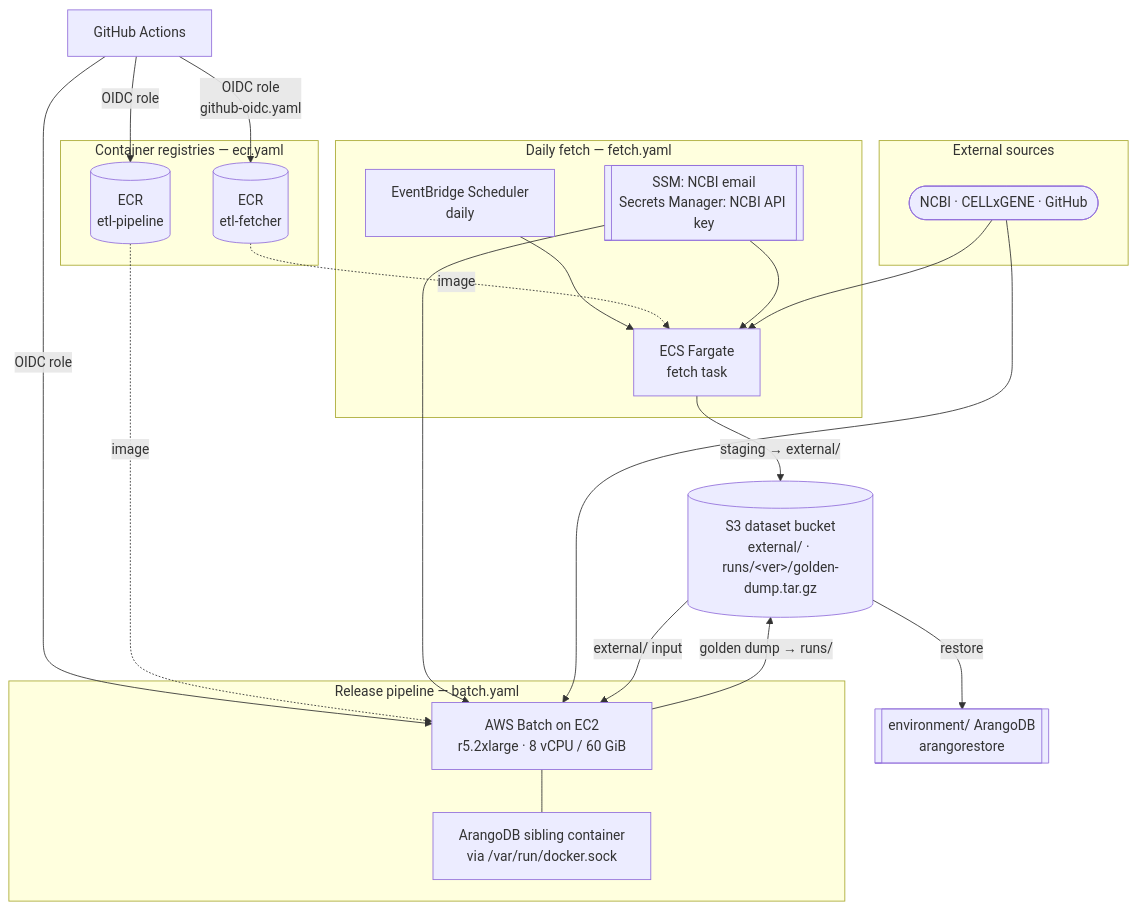
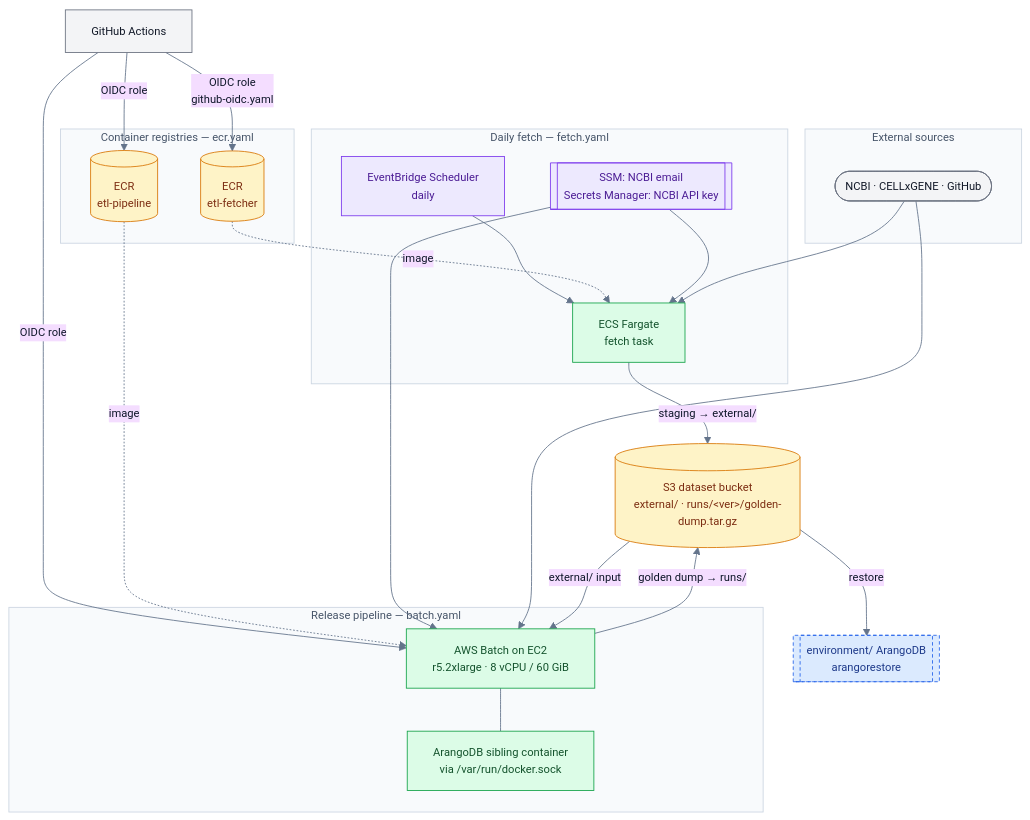
One commit to Springbok-LLC/nlm-ckn-iac changed the diagram in etl/README.md. Above: the diagram before and after it, drawn with Mermaid. The commit also changed other lines of this file and 2 other files, not shown here.

Commit message:
mermaid formatting, do not lint sandbox

````diff
--- a/etl/README.md
+++ b/etl/README.md
@@ -15,43 +15,60 @@
 ```mermaid
+%%{init: {'theme':'base', 'themeVariables': {'fontFamily':'ui-sans-serif, system-ui, sans-serif', 'fontSize':'13px', 'lineColor':'#64748b', 'primaryTextColor':'#0f172a'}}}%%
 flowchart TB
-    subgraph external[External sources]
-        ncbi([NCBI · CELLxGENE · GitHub])
+    gha[GitHub Actions]:::ci
+
+    subgraph external[" External sources "]
+        ncbi([NCBI · CELLxGENE · GitHub]):::ext
     end
 
-    subgraph registries[Container registries — ecr.yaml]
-        ecrFetch[(ECR<br/>etl-fetcher)]
-        ecrPipe[(ECR<br/>etl-pipeline)]
+    subgraph registries[" Container registries — ecr.yaml "]
+        ecrFetch[(ECR<br/>etl-fetcher)]:::store
+        ecrPipe[(ECR<br/>etl-pipeline)]:::store
     end
 
-    subgraph fetchStack[Daily fetch — fetch.yaml]
-        sched[EventBridge Scheduler<br/>daily]
-        fetch[ECS Fargate<br/>fetch task]
-        creds[[SSM: NCBI email<br/>Secrets Manager: NCBI API key]]
+    subgraph fetchStack[" Daily fetch — fetch.yaml "]
+        sched[EventBridge Scheduler<br/>daily]:::plat
+        fetch[ECS Fargate<br/>fetch task]:::compute
+        creds[[SSM: NCBI email<br/>Secrets Manager: NCBI API key]]:::plat
     end
 
-    subgraph releaseStack[Release pipeline — batch.yaml]
-        batch[AWS Batch on EC2<br/>r5.2xlarge · 8 vCPU / 60 GiB]
-        arangoSibling[ArangoDB sibling container<br/>via /var/run/docker.sock]
+    subgraph releaseStack[" Release pipeline — batch.yaml "]
+        batch[AWS Batch on EC2<br/>r5.2xlarge · 8 vCPU / 60 GiB]:::compute
+        arangoSibling[ArangoDB sibling container<br/>via /var/run/docker.sock]:::compute
     end
 
-    s3[(S3 dataset bucket<br/>external/ · runs/&lt;ver&gt;/golden-dump.tar.gz)]
-    envArango[[environment/ ArangoDB<br/>arangorestore]]
+    s3[(S3 dataset bucket<br/>external/ · runs/&lt;ver&gt;/golden-dump.tar.gz)]:::store
+    envArango[[environment/ ArangoDB<br/>arangorestore]]:::downstream
 
-    gha[GitHub Actions] -->|OIDC role<br/>github-oidc.yaml| ecrFetch
+    gha -->|OIDC role<br/>github-oidc.yaml| ecrFetch
     gha -->|OIDC role| ecrPipe
     gha -->|OIDC role| batch
 
     sched --> fetch
     ecrFetch -.image.-> fetch
     creds --> fetch
     ncbi --> fetch
     fetch -->|staging → external/| s3
 
     ecrPipe -.image.-> batch
     creds --> batch
     ncbi --> batch
     s3 -->|external/ input| batch
     batch --- arangoSibling
     batch -->|golden dump → runs/| s3
     s3 -->|restore| envArango
+
+    %% ── node categories (shared palette across environment/ and etl/) ──
+    classDef ci         fill:#f3f4f6,stroke:#6b7280,color:#111827,stroke-width:1px
+    classDef ext        fill:#f3f4f6,stroke:#6b7280,color:#111827
+    classDef plat       fill:#ede9fe,stroke:#7c3aed,color:#4c1d95
+    classDef compute    fill:#dcfce7,stroke:#16a34a,color:#14532d
+    classDef store      fill:#fef3c7,stroke:#d97706,color:#7c2d12
+    classDef downstream fill:#dbeafe,stroke:#2563eb,color:#1e3a8a,stroke-dasharray:4 3
+
+    %% ── subgraph tint marks the CloudFormation stack grouping ──
+    style external     fill:#f8fafc,stroke:#cbd5e1,color:#475569
+    style registries   fill:#f8fafc,stroke:#cbd5e1,color:#475569
+    style fetchStack   fill:#f8fafc,stroke:#cbd5e1,color:#475569
+    style releaseStack fill:#f8fafc,stroke:#cbd5e1,color:#475569
 ```
````
